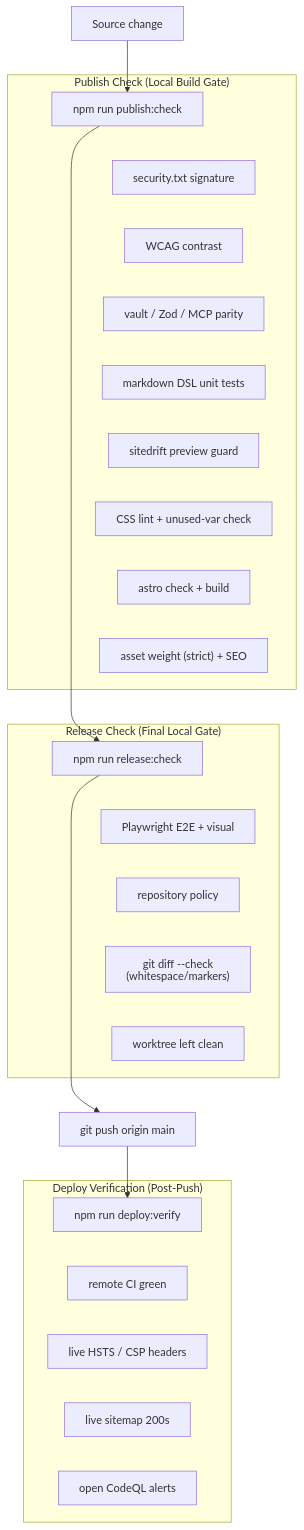
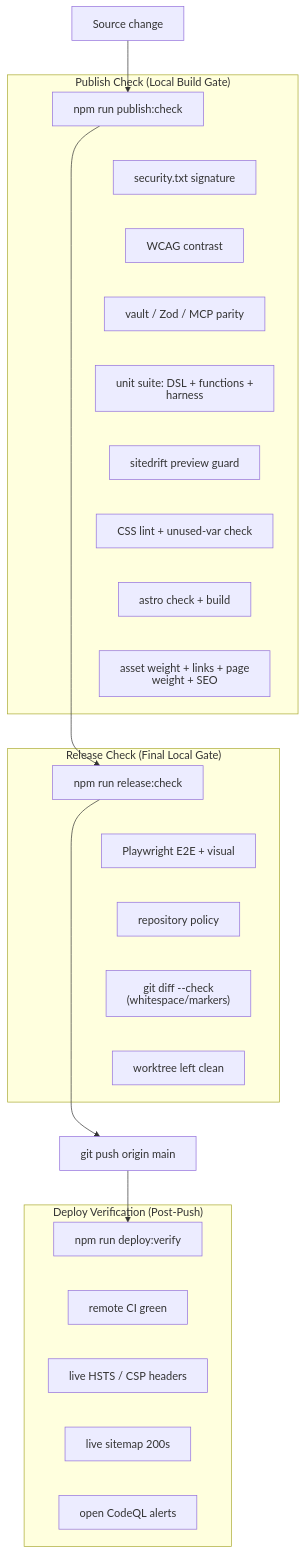
One commit to joeseverino/jseverino.com changed the diagram in tests/ARCHITECTURE.md. Above: the diagram before and after it, drawn with Mermaid. The commit also changed other lines of this file and 34 other files, not shown here.

````diff
--- a/tests/ARCHITECTURE.md
+++ b/tests/ARCHITECTURE.md
@@ -46,43 +52,43 @@
 ```mermaid
 %%{init: { "htmlLabels": false } }%%
 graph TD
     A["Source change"] --> B
     B --> C
     C --> D["git push origin main"]
     D --> E
 
     subgraph publish ["Publish Check (Local Build Gate)"]
         B["npm run publish:check"]
         B1["security.txt signature"]
         B2["WCAG contrast"]
         B3["vault / Zod / MCP parity"]
-        B8["markdown DSL unit tests"]
+        B8["unit suite: DSL + functions + harness"]
         B4["sitedrift preview guard"]
         B5["CSS lint + unused-var check"]
         B6["astro check + build"]
-        B7["asset weight (strict) + SEO"]
+        B7["asset weight + links + page weight + SEO"]
     end
 
     subgraph release ["Release Check (Final Local Gate)"]
         C["npm run release:check"]
         C1["Playwright E2E + visual"]
         C2["repository policy"]
         C3["git diff --check (whitespace/markers)"]
         C4["worktree left clean"]
     end
 
     subgraph deploy ["Deploy Verification (Post-Push)"]
         E["npm run deploy:verify"]
         E1["remote CI green"]
         E2["live HSTS / CSP headers"]
         E3["live sitemap 200s"]
         E4["open CodeQL alerts"]
     end
 
     %% Force vertical layout nesting
     B ~~~ B1 ~~~ B2 ~~~ B3 ~~~ B8 ~~~ B4 ~~~ B5 ~~~ B6 ~~~ B7
     B7 ~~~ C
     C ~~~ C1 ~~~ C2 ~~~ C3 ~~~ C4
     C4 ~~~ D
     E ~~~ E1 ~~~ E2 ~~~ E3 ~~~ E4
 ```
````
